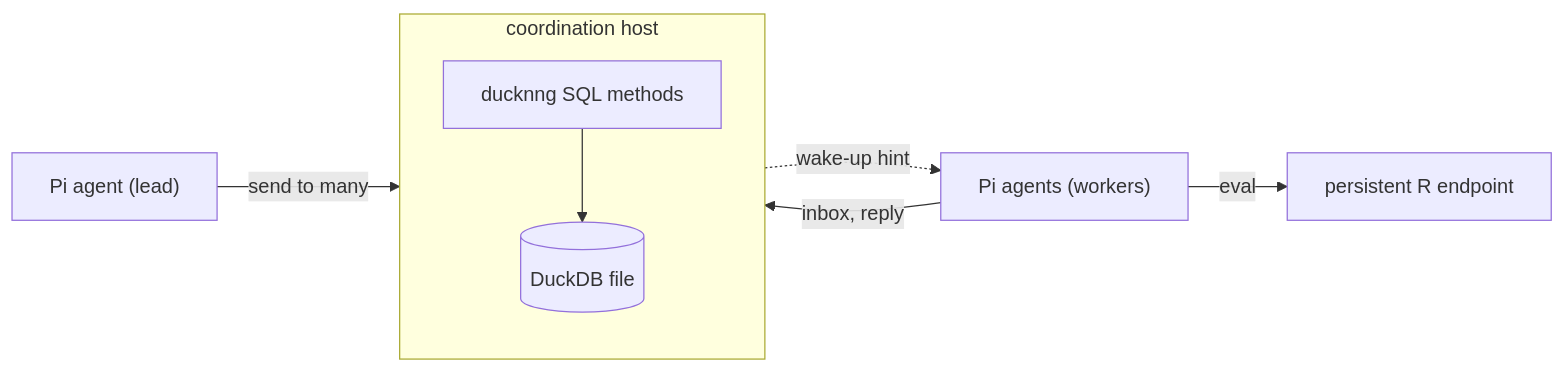
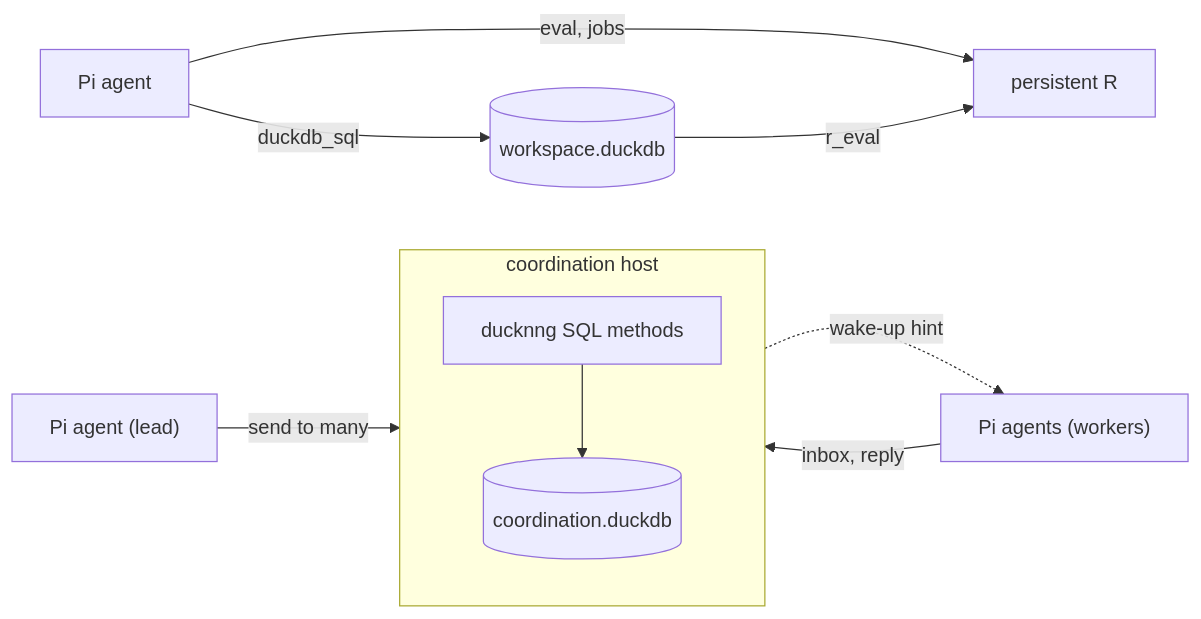
The diagram in README.md (sounkou-bioinfo/pi-ducknng), drawn with Mermaid before and after one commit. The commit also changed other lines of this file and 33 other files, not shown here.

First line of the commit message:
feat: SQL workspace as the durable record, and task-first guides

````diff
--- a/README.md
+++ b/README.md
@@ -200,10 +184,12 @@
 ``` mermaid
 flowchart LR
+  Agent["Pi agent"] -->|"duckdb_sql"| WS[("workspace.duckdb")]
+  Agent -->|"eval, jobs"| R["persistent R"]
+  WS -->|"r_eval"| R
   Lead["Pi agent (lead)"] -->|"send to many"| Host
   Worker["Pi agents (workers)"] -->|"inbox, reply"| Host
   Host -. "wake-up hint" .-> Worker
-  Worker -->|"eval"| R["persistent R endpoint"]
   subgraph Host["coordination host"]
-    SQL["ducknng SQL methods"] --> DB[("DuckDB file")]
+    SQL["ducknng SQL methods"] --> DB[("coordination.duckdb")]
   end
 ```
````
